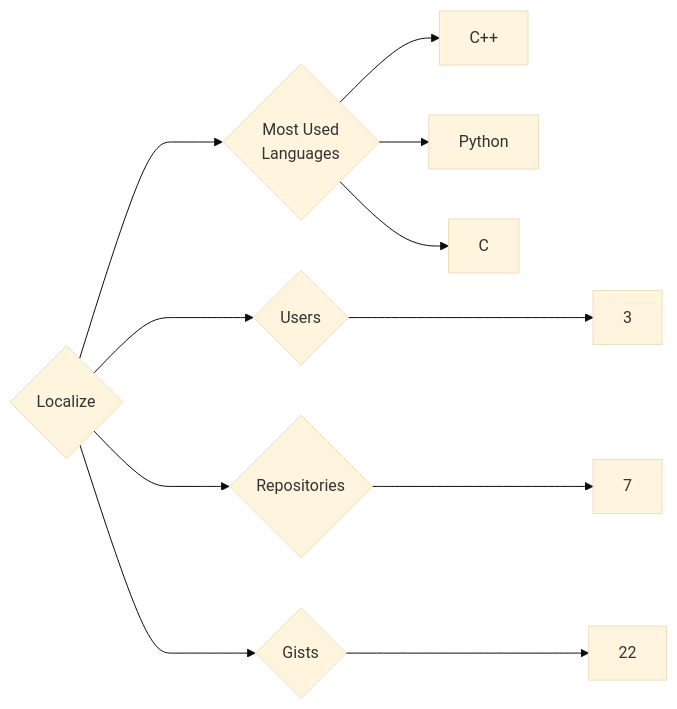
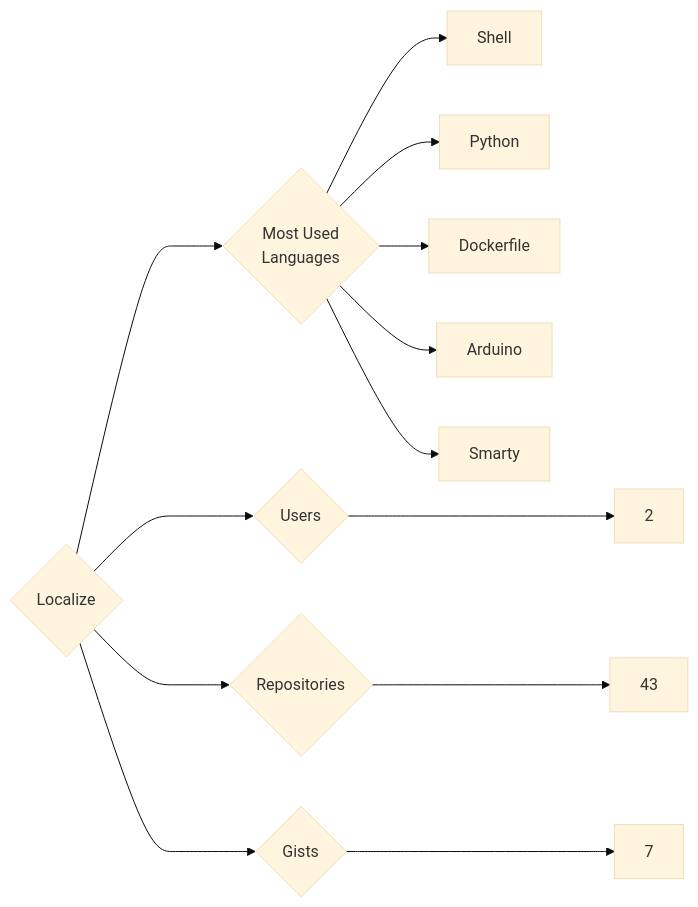
One commit to trickest/insiders changed the diagram in targets/Localize/README.md. Above: the diagram before and after it, drawn with Mermaid (base theme). The commit also changed 611 other files, not shown here.

````diff
--- a/targets/Localize/README.md
+++ b/targets/Localize/README.md
@@ -3,11 +3,13 @@
 ```mermaid
 graph LR
 COMPANY_NAME{Localize}
-COMPANY_NAME ---> U{Users} ---> UN[3]
-COMPANY_NAME ---> R{Repositories} ---> RN[7]
-COMPANY_NAME ---> G{Gists} ---> GN[22]
+COMPANY_NAME ---> U{Users} ---> UN[2]
+COMPANY_NAME ---> R{Repositories} ---> RN[43]
+COMPANY_NAME ---> G{Gists} ---> GN[7]
 COMPANY_NAME ---> ML{Most Used<br>Languages}
-ML --> C++[C++]
+ML --> Shell[Shell]
 ML --> Python[Python]
-ML --> C[C]
+ML --> Dockerfile[Dockerfile]
+ML --> Arduino[Arduino]
+ML --> Smarty[Smarty]
 ```
````
